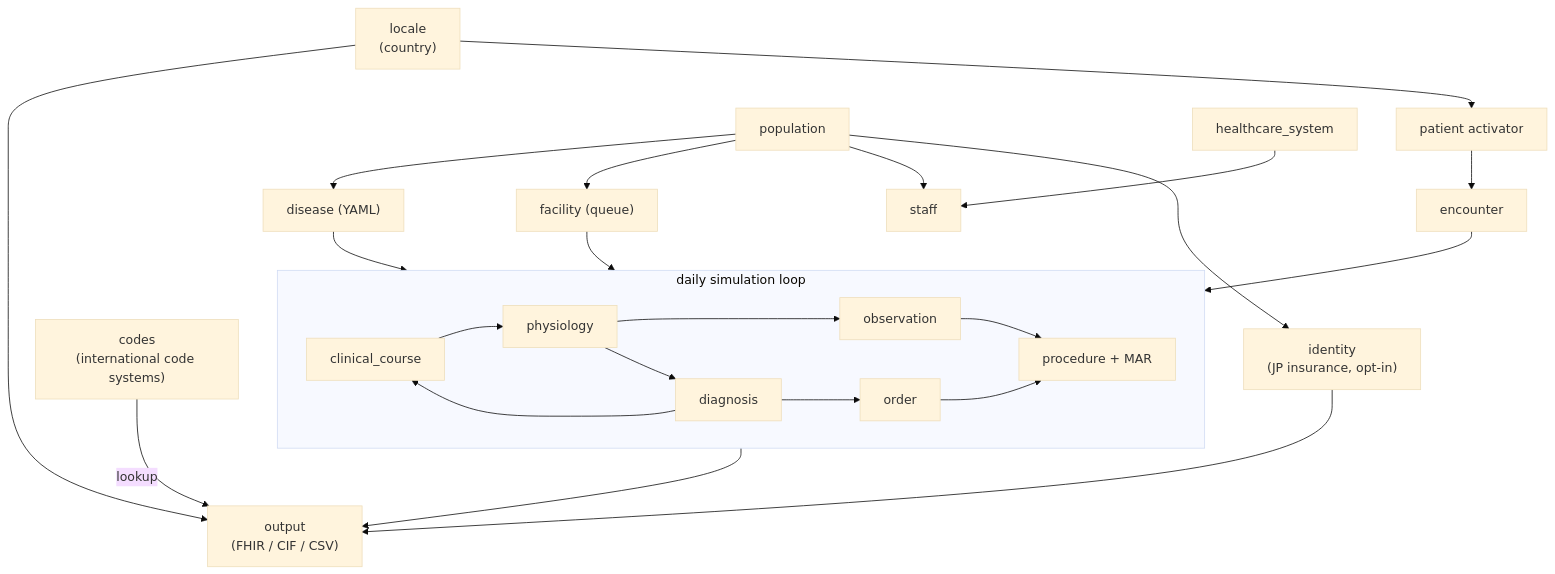
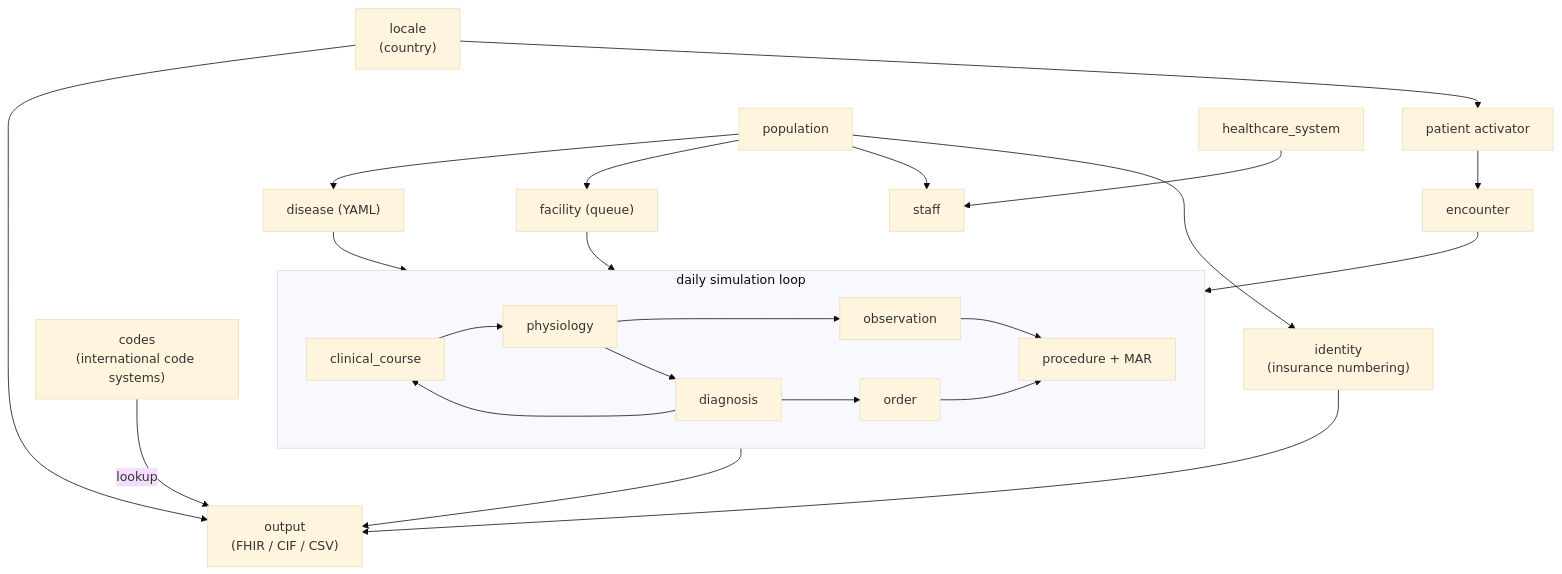
Before and after one commit to TomoOkuyama/clinosim: the diagram in docs/architecture/module-dependency-graph.md, drawn with Mermaid (base theme). The commit also changed other lines of this file and 19 other files, not shown here.

First line of the commit message:
docs(architecture): fix drift in architecture docs and by-design registry

````diff
--- a/docs/architecture/module-dependency-graph.md
+++ b/docs/architecture/module-dependency-graph.md
@@ -5,39 +8,39 @@
 ```mermaid
 flowchart TD
     codes["codes<br/>(international code systems)"]
     locale["locale<br/>(country)"]
     output["output<br/>(FHIR / CIF / CSV)"]
     patient["patient activator"]
     encounter["encounter"]
     disease["disease (YAML)"]
     facility["facility (queue)"]
     population["population"]
     staff["staff"]
     healthcare["healthcare_system"]
-    identity["identity<br/>(JP insurance, opt-in)"]
+    identity["identity<br/>(insurance numbering)"]
 
     subgraph loop["daily simulation loop"]
         cc["clinical_course"] --> phys["physiology"]
         phys --> obs["observation"]
         phys --> dx["diagnosis"]
         dx --> cc
         obs --> proc["procedure + MAR"]
         dx --> order["order"]
         order --> proc
     end
 
     codes -->|lookup| output
     locale --> output
     locale --> patient
     patient --> encounter
     encounter --> loop
     disease --> loop
     facility --> loop
     loop --> output
     population --> disease
     population --> facility
     population --> staff
     healthcare --> staff
     population --> identity
     identity --> output
 ```
````
